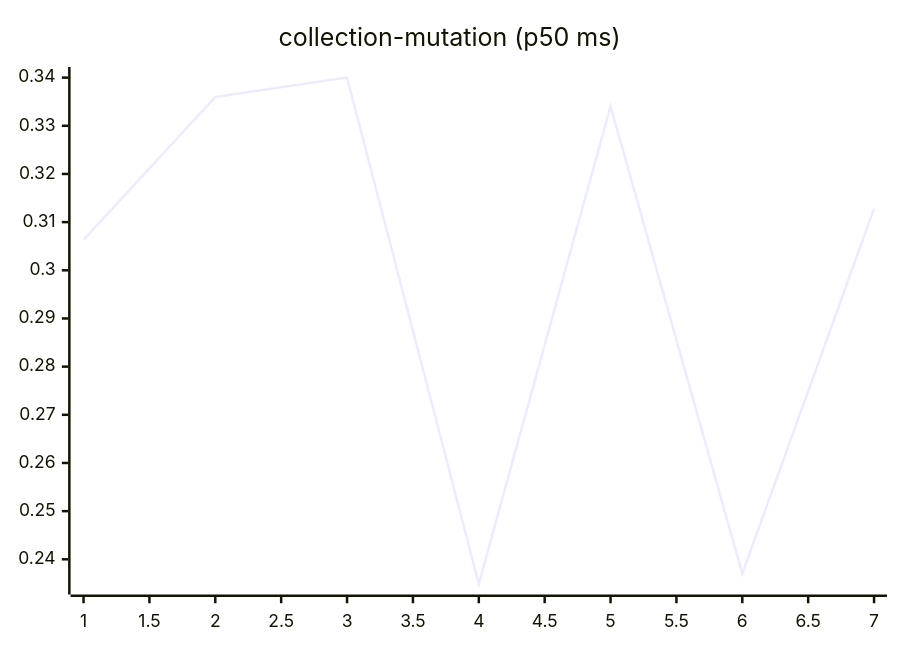
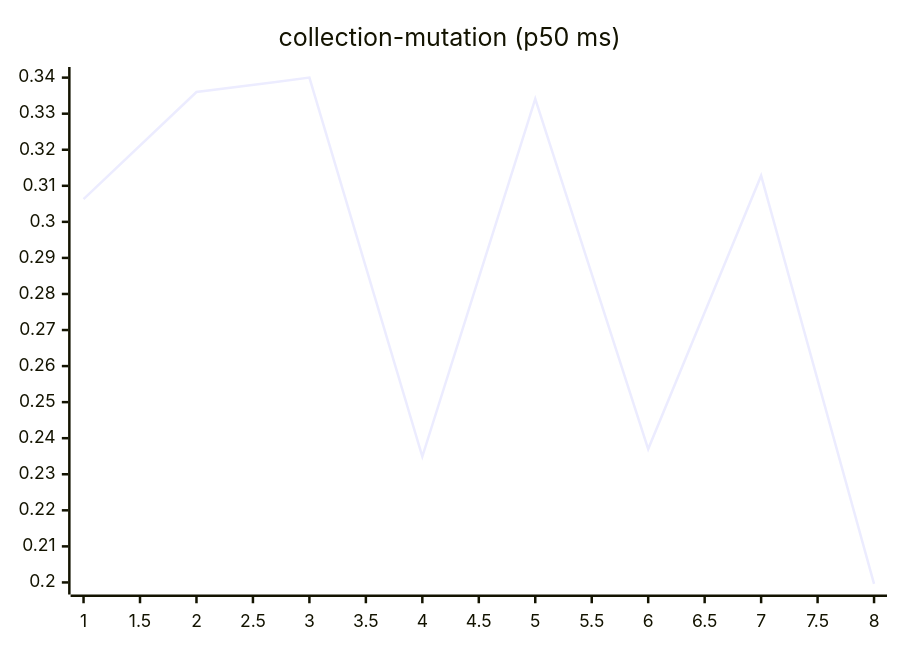
One commit to josha/Facet changed the sixth of 27 diagrams in README.md. Above: the diagram before and after it, drawn with Mermaid. The commit also changed other lines of this file and 2 other files, not shown here.

````diff
--- a/README.md
+++ b/README.md
@@ -98,6 +98,6 @@
 ```mermaid
 xychart-beta
     title "collection-mutation (p50 ms)"
-    x-axis 1 --> 7
-    line [0.3063, 0.3360, 0.3400, 0.2349, 0.3341, 0.2370, 0.3128]
+    x-axis 1 --> 8
+    line [0.3063, 0.3360, 0.3400, 0.2349, 0.3341, 0.2370, 0.3128, 0.1996]
 ```
````
